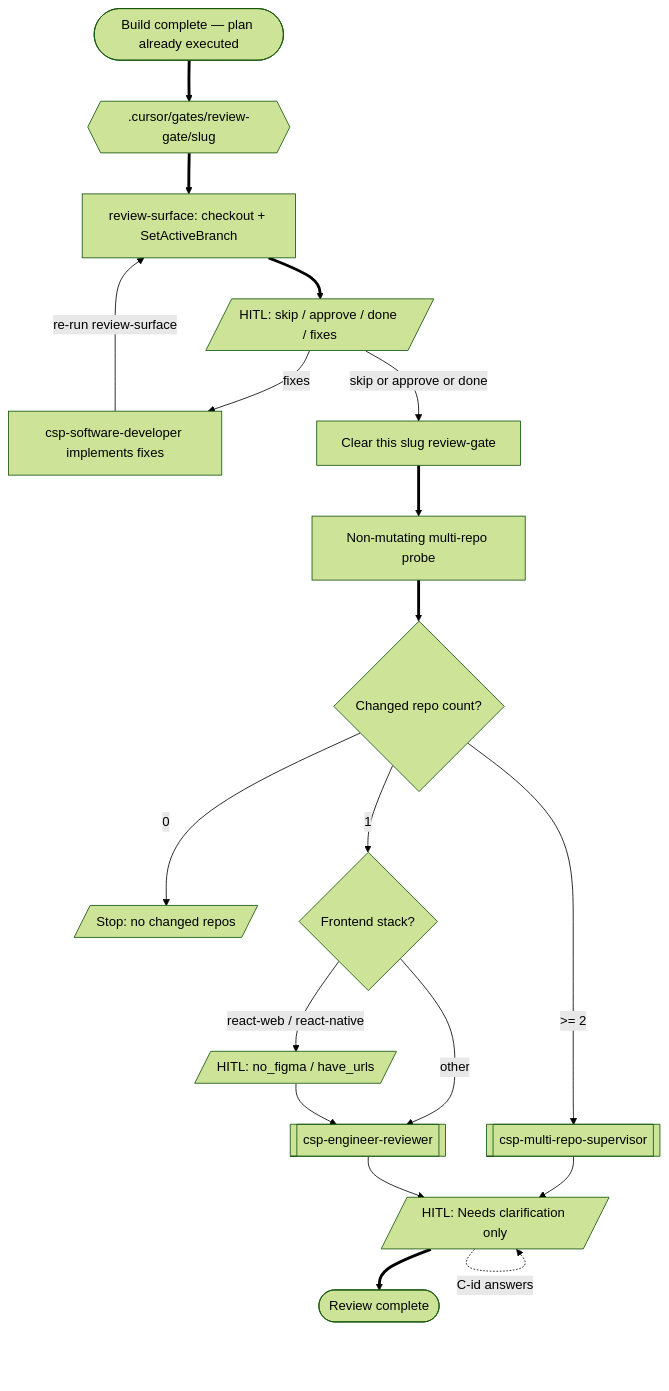
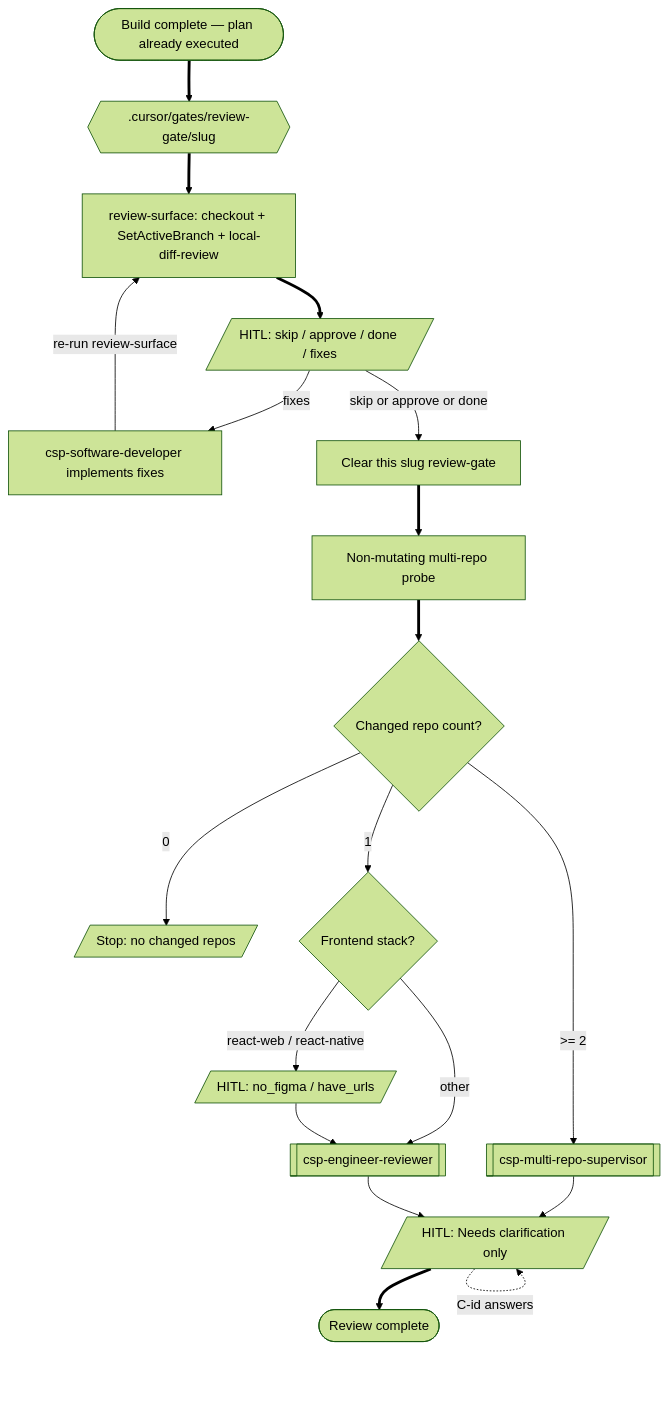
One commit to a-trembak/cursor-spells changed the sixth of 14 diagrams in docs/superpowers/pipeline-flow.md. Above: the diagram before and after it, drawn with Mermaid (forest theme). The commit also changed other lines of this file and 11 other files, not shown here.

First line of the commit message:
feat(finish-plan): wire Local Diff Review into review-surface

````diff
--- a/docs/superpowers/pipeline-flow.md
+++ b/docs/superpowers/pipeline-flow.md
@@ -343,37 +343,37 @@
 ```mermaid
 flowchart TD
   planDone(["Build complete — plan already executed"])
   writeReview{{".cursor/gates/review-gate/slug"}}
-  surface["review-surface: checkout + SetActiveBranch"]
+  surface["review-surface: checkout + SetActiveBranch + local-diff-review"]
   hitlFinish[/"HITL: skip / approve / done / fixes"/]
   doFixes["csp-software-developer implements fixes"]
   delReview["Clear this slug review-gate"]
   probe["Non-mutating multi-repo probe"]
   repoCount{Changed repo count?}
   stopZero[/"Stop: no changed repos"/]
   multi[["csp-multi-repo-supervisor"]]
   singleFrontend{Frontend stack?}
   figmaHitl[/"HITL: no_figma / have_urls"/]
   single[["csp-engineer-reviewer"]]
   clarify[/"HITL: Needs clarification only"/]
   reviewed(["Review complete"])
 
   planDone ==> writeReview
   writeReview ==> surface
   surface ==> hitlFinish
   hitlFinish -->|"fixes"| doFixes
   doFixes -->|"re-run review-surface"| surface
   hitlFinish -->|"skip or approve or done"| delReview
   delReview ==> probe
   probe ==> repoCount
   repoCount -->|"0"| stopZero
   repoCount -->|">= 2"| multi
   repoCount -->|"1"| singleFrontend
   singleFrontend -->|"react-web / react-native"| figmaHitl
   singleFrontend -->|"other"| single
   figmaHitl --> single
   multi --> clarify
   single --> clarify
   clarify -.->|"C-id answers"| clarify
   clarify ==> reviewed
 ```
````
